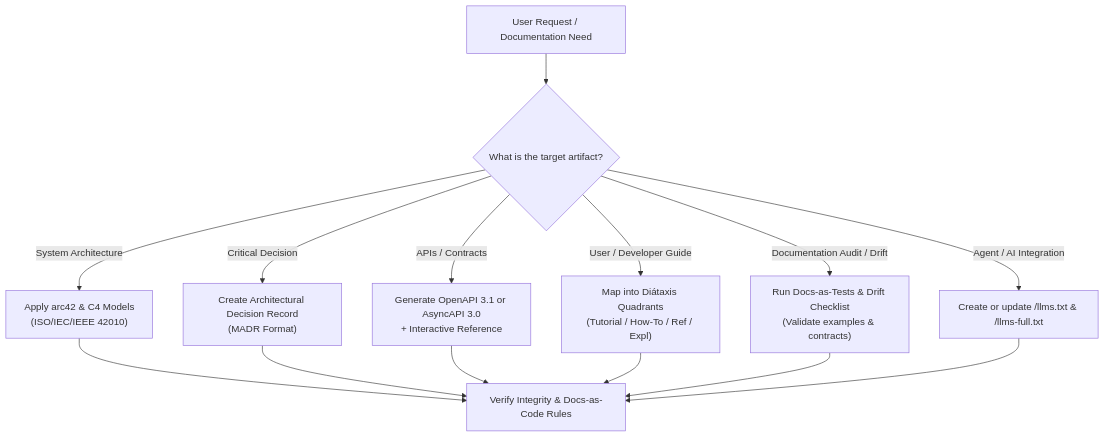
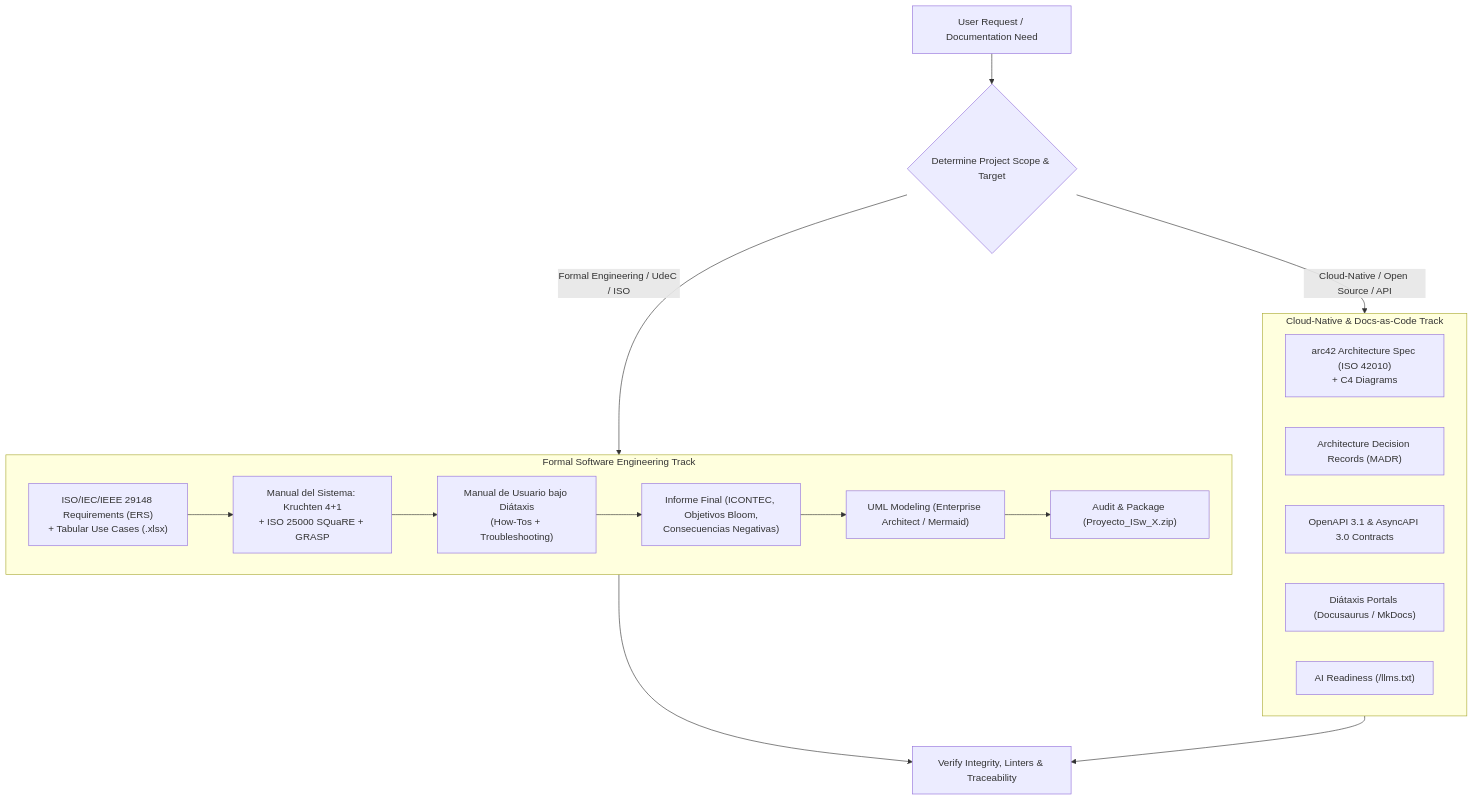
The diagram in SKILL.md (nosedimetuXD/Software-Docs-Engineer), drawn with Mermaid before and after one commit. The commit also changed other lines of this file and 15 other files, not shown here.

Commit message:
feat: integrar Modelo 4+1, ISO 29148, ISO 25000, lineamientos UdeC y automatizacion Office

````diff
--- a/SKILL.md
+++ b/SKILL.md
@@ -22,18 +22,28 @@
 ```mermaid
 flowchart TD
-    Start["User Request / Documentation Need"] --> Classify{"What is the target artifact?"}
+    Start["User Request / Documentation Need"] --> Scope{"Determine Project Scope & Target"}
     
-    Classify -->|"System Architecture"| Arc42["Apply arc42 & C4 Models<br/>(ISO/IEC/IEEE 42010)"]
-    Classify -->|"Critical Decision"| ADR["Create Architectural Decision Record<br/>(MADR Format)"]
-    Classify -->|"APIs / Contracts"| API["Generate OpenAPI 3.1 or AsyncAPI 3.0<br/>+ Interactive Reference"]
-    Classify -->|"User / Developer Guide"| Diataxis["Map into Diátaxis Quadrants<br/>(Tutorial / How-To / Ref / Expl)"]
-    Classify -->|"Documentation Audit / Drift"| Audit["Run Docs-as-Tests & Drift Checklist<br/>(Validate examples & contracts)"]
-    Classify -->|"Agent / AI Integration"| LLMsTxt["Create or update /llms.txt & /llms-full.txt"]
+    Scope -->|"Formal Engineering / UdeC / ISO"| AcademicTrack["Formal Engineering Track"]
+    Scope -->|"Cloud-Native / Open Source / API"| ModernTrack["Modern Docs-as-Code Track"]
 
-    Arc42 --> Verify["Verify Integrity & Docs-as-Code Rules"]
-    ADR --> Verify
-    API --> Verify
-    Diataxis --> Verify
-    Audit --> Verify
-    LLMsTxt --> Verify
+    subgraph AcademicTrack["Formal Software Engineering Track"]
+        ERS["ISO/IEC/IEEE 29148 Requirements (ERS)<br/>+ Tabular Use Cases (.xlsx)"]
+        SysMan["Manual del Sistema: Kruchten 4+1<br/>+ ISO 25000 SQuaRE + GRASP"]
+        UserMan["Manual de Usuario bajo Diátaxis<br/>(How-Tos + Troubleshooting)"]
+        Report["Informe Final (ICONTEC, Objetivos Bloom,<br/>Consecuencias Negativas)"]
+        EA["UML Modeling (Enterprise Architect / Mermaid)"]
+        Pkg["Audit & Package (Proyecto_ISw_X.zip)"]
+    end
+
+    subgraph ModernTrack["Cloud-Native & Docs-as-Code Track"]
+        Arc42["arc42 Architecture Spec (ISO 42010)<br/>+ C4 Diagrams"]
+        ADR["Architecture Decision Records (MADR)"]
+        API["OpenAPI 3.1 & AsyncAPI 3.0 Contracts"]
+        Diataxis["Diátaxis Portals (Docusaurus / MkDocs)"]
+        LLM["AI Readiness (/llms.txt)"]
+    end
+
+    ERS --> SysMan --> UserMan --> Report --> EA --> Pkg
+    AcademicTrack --> Verify["Verify Integrity, Linters & Traceability"]
+    ModernTrack --> Verify
 ```
````
